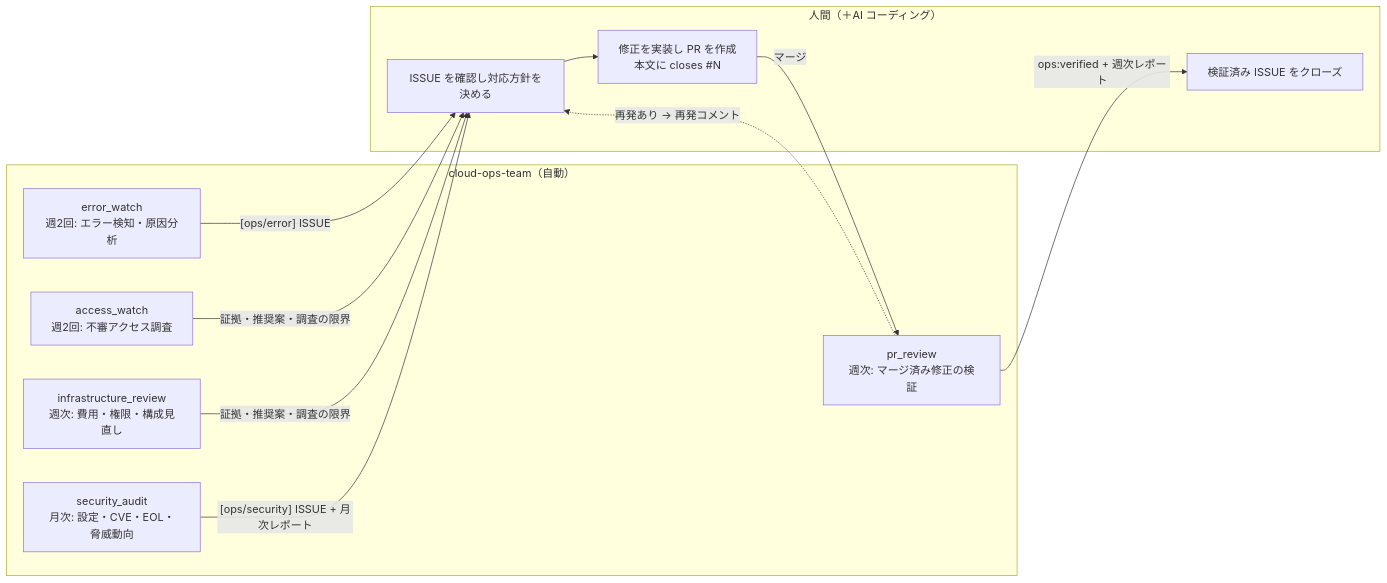
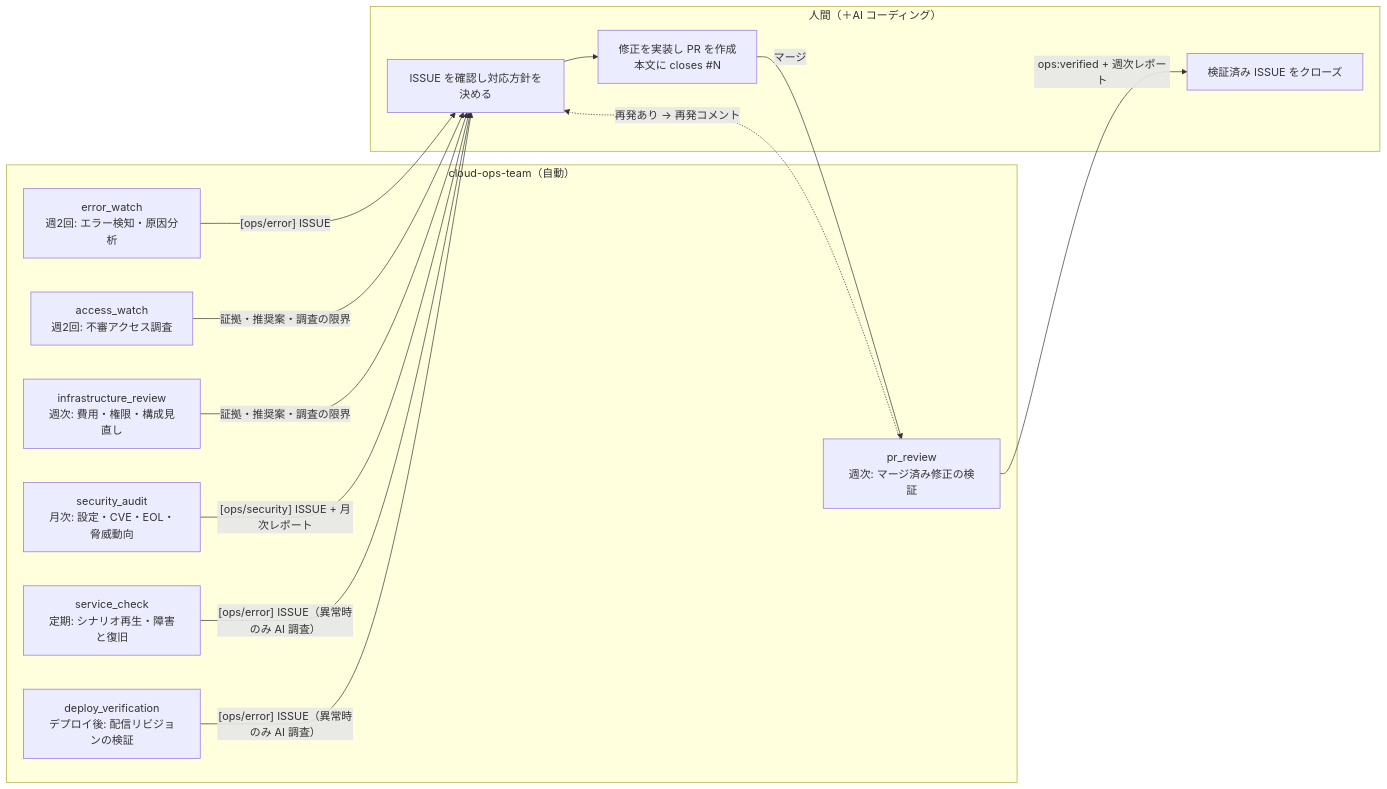
One commit to atsuki-sakai/cloud-ops-team changed the first of 4 diagrams in docs/architecture.md. Above: the diagram before and after it, drawn with Mermaid. The commit also changed other lines of this file and 51 other files, not shown here.

````diff
--- a/docs/architecture.md
+++ b/docs/architecture.md
@@ -17,22 +18,25 @@
 ```mermaid
 flowchart LR
     subgraph Agents["cloud-ops-team（自動）"]
         EW["error_watch<br/>週2回: エラー検知・原因分析"]
         AW["access_watch<br/>週2回: 不審アクセス調査"]
         IR["infrastructure_review<br/>週次: 費用・権限・構成見直し"]
         SA["security_audit<br/>月次: 設定・CVE・EOL・脅威動向"]
         PR["pr_review<br/>週次: マージ済み修正の検証"]
+        SC["service_check<br/>定期: シナリオ再生・障害と復旧"]
+        DV["deploy_verification<br/>デプロイ後: 配信リビジョンの検証"]
     end
     subgraph Humans["人間（＋AI コーディング）"]
         H1["ISSUE を確認し対応方針を決める"]
         H2["修正を実装し PR を作成<br/>本文に closes #N"]
         H3["検証済み ISSUE をクローズ"]
     end
     EW -- "[ops/error] ISSUE" --> H1
     AW & IR -- "証拠・推奨案・調査の限界" --> H1
     SA -- "[ops/security] ISSUE + 月次レポート" --> H1
+    SC & DV -- "[ops/error] ISSUE（異常時のみ AI 調査）" --> H1
     H1 --> H2
     H2 -- "マージ" --> PR
     PR -- "ops:verified + 週次レポート" --> H3
     PR -. "再発あり → 再発コメント" .-> H1
 ```
````
